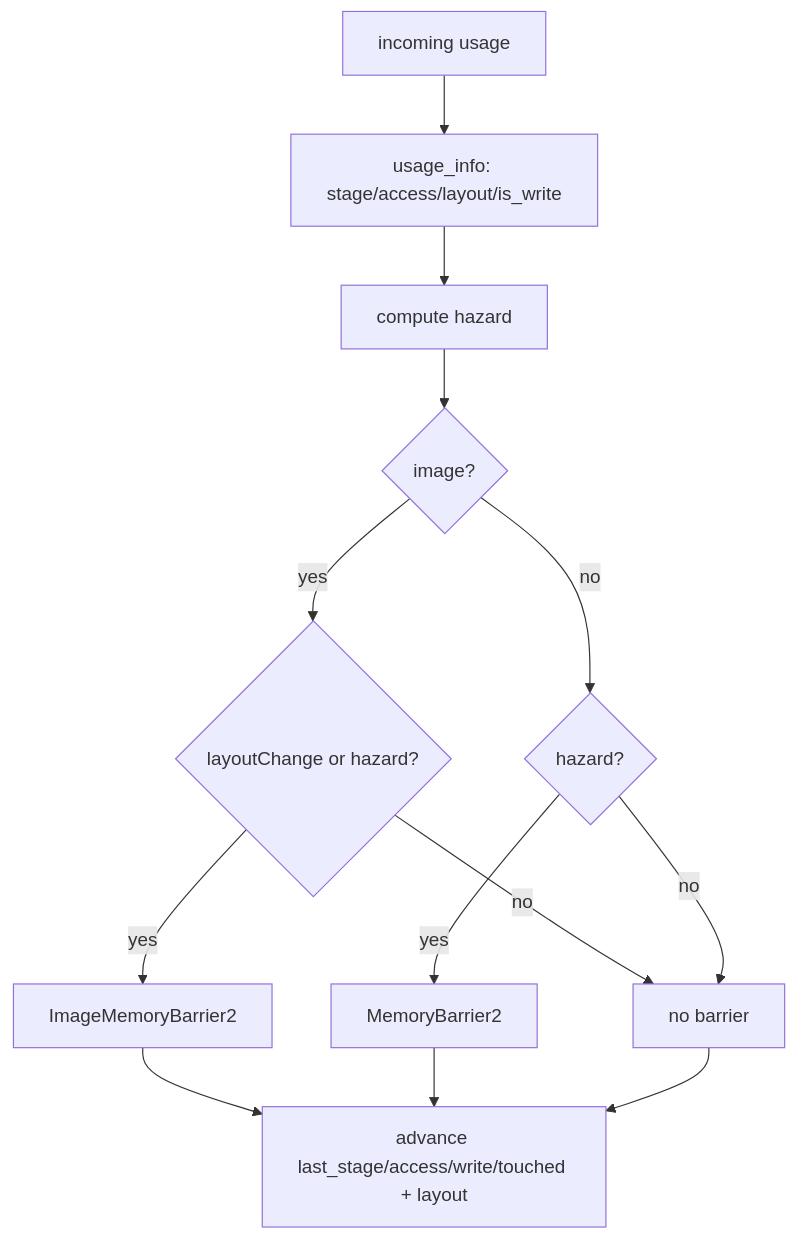
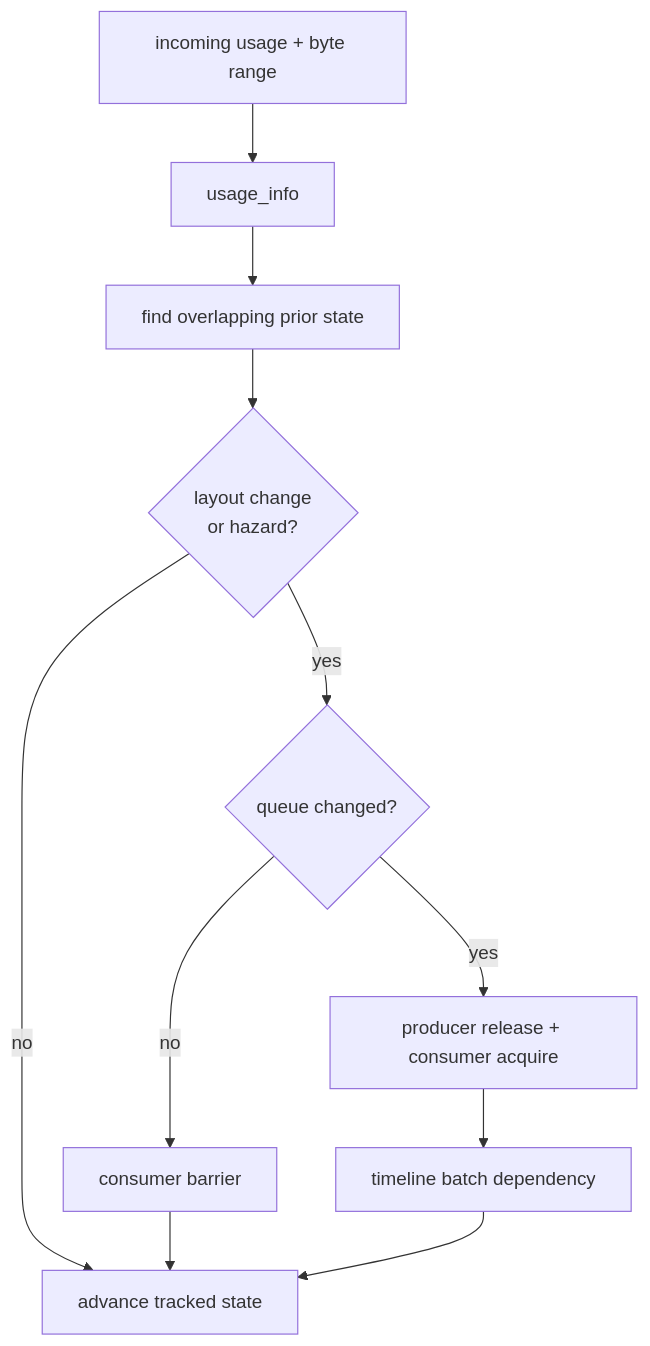
Before and after one commit to saffronjam/SaffronEngine: the diagram in docs/content/explanations/frame-and-render-graph/usage-and-barrier-derivation.md, drawn with Mermaid. The commit also changed other lines of this file and 3 other files, not shown here.

First line of the commit message:
docs: cover graph buffers and indirect usages

````diff
--- a/docs/content/explanations/frame-and-render-graph/usage-and-barrier-derivation.md
+++ b/docs/content/explanations/frame-and-render-graph/usage-and-barrier-derivation.md
@@ -97,15 +76,13 @@
 ```mermaid
 flowchart TD
-    A[incoming usage] --> B[usage_info: stage/access/layout/is_write]
-    B --> C[compute hazard]
-    C --> D{image?}
-    D -- yes --> E{layoutChange or hazard?}
-    E -- yes --> F[ImageMemoryBarrier2]
-    E -- no --> G[no barrier]
-    D -- no --> H{hazard?}
-    H -- yes --> I[MemoryBarrier2]
-    H -- no --> G
-    F --> J[advance last_stage/access/write/touched + layout]
-    I --> J
-    G --> J
+    A[incoming usage + byte range] --> B[usage_info]
+    B --> C[find overlapping prior state]
+    C --> D{layout change<br/>or hazard?}
+    D -- no --> E[advance tracked state]
+    D -- yes --> F{queue changed?}
+    F -- no --> G[consumer barrier]
+    F -- yes --> H[producer release + consumer acquire]
+    H --> I[timeline batch dependency]
+    G --> E
+    I --> E
 ```
````
